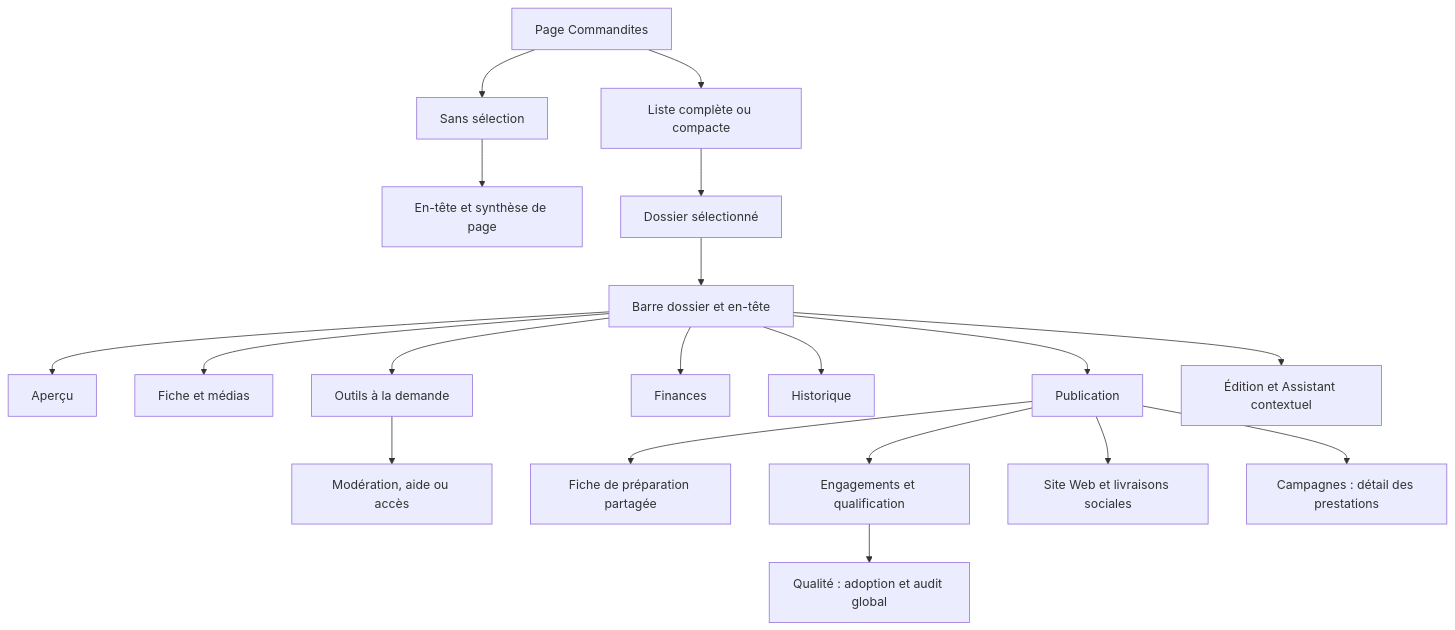
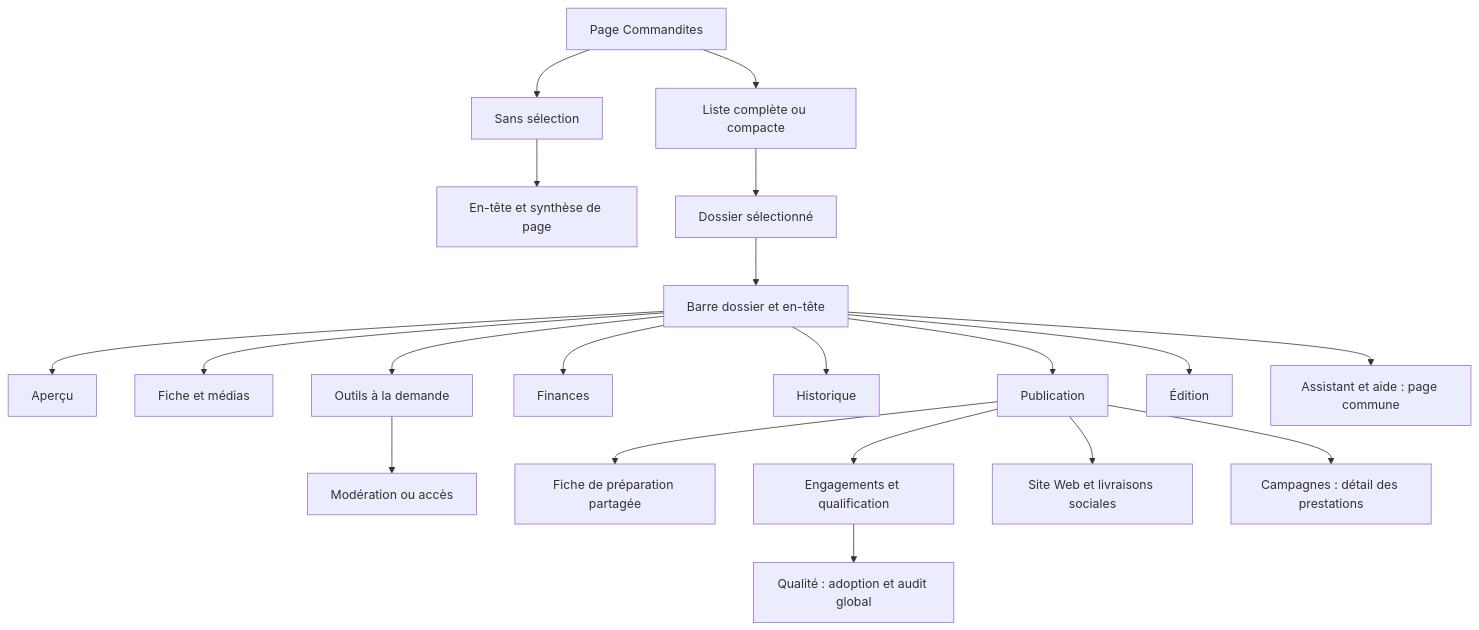
One commit to OpenG7/openg7-funding-platform changed the diagram in docs/development/admin-sponsorship-dossier-blueprint.md. Above: the diagram before and after it, drawn with Mermaid. The commit also changed other lines of this file and 14 other files, not shown here.

First line of the commit message:
feat(admin): regrouper Assistant et aide du dossier (#347)

````diff
--- a/docs/development/admin-sponsorship-dossier-blueprint.md
+++ b/docs/development/admin-sponsorship-dossier-blueprint.md
@@ -129,21 +137,22 @@
 ```mermaid
 flowchart TB
   Route[Page Commandites] --> Liste[Liste complète ou compacte]
   Route --> Sans[Sans sélection]
   Sans --> Entete[En-tête et synthèse de page]
   Liste --> D[Dossier sélectionné]
   D --> T[Barre dossier et en-tête]
   T --> O[Aperçu]
   T --> I[Fiche et médias]
   T --> P[Publication]
   T --> F[Finances]
   T --> H[Historique]
   T --> C[Outils à la demande]
-  C --> M[Modération, aide ou accès]
-  T --> U[Édition et Assistant contextuel]
+  C --> M[Modération ou accès]
+  T --> U[Édition]
+  T --> AS[Assistant et aide : page commune]
   P --> B[Fiche de préparation partagée]
   P --> A[Engagements et qualification]
   P --> S[Site Web et livraisons sociales]
   P --> CAM[Campagnes : détail des prestations]
   A --> Q[Qualité : adoption et audit global]
 ```
````
